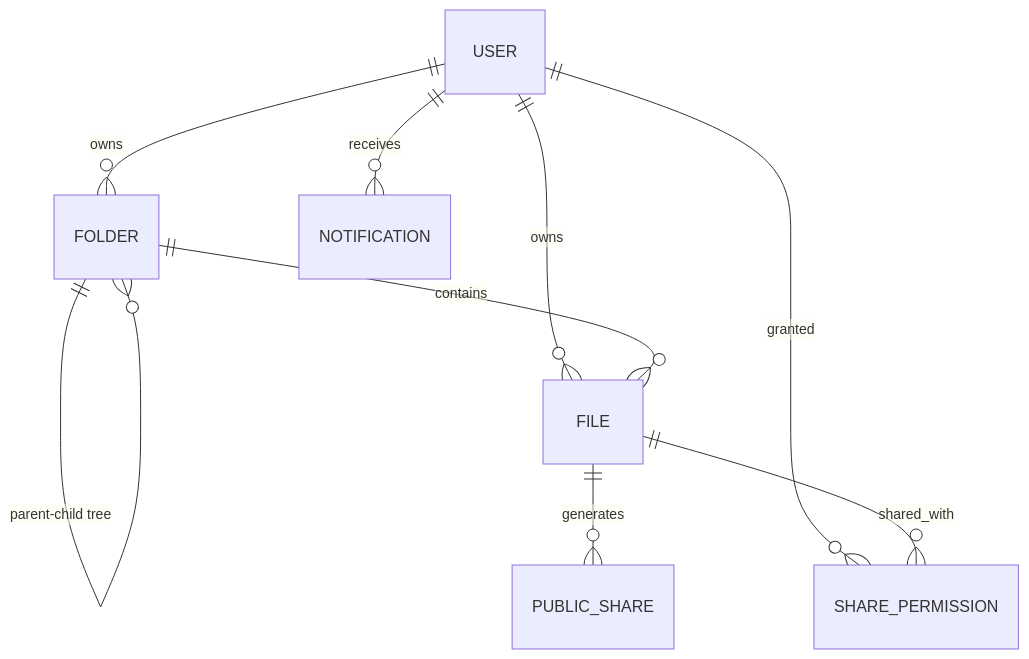
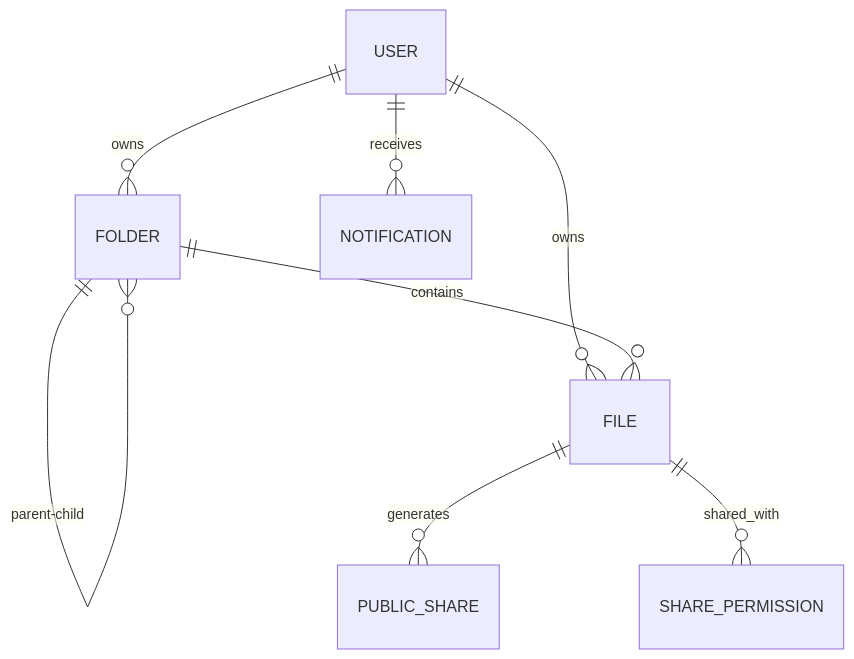
The second of 2 diagrams in README.md (Akashyatinjain/Akashyatinjain), drawn with Mermaid before and after one commit. The commit also changed other lines of this file, not shown here.

````diff
--- a/README.md
+++ b/README.md
@@ -143,11 +99,10 @@
 ```mermaid
 erDiagram
     USER ||--o{ FOLDER : "owns"
     USER ||--o{ FILE : "owns"
     USER ||--o{ NOTIFICATION : "receives"
-    FOLDER ||--o{ FOLDER : "parent-child tree"
+    FOLDER ||--o{ FOLDER : "parent-child"
     FOLDER ||--o{ FILE : "contains"
     FILE ||--o{ PUBLIC_SHARE : "generates"
-    USER ||--o{ SHARE_PERMISSION : "granted"
     FILE ||--o{ SHARE_PERMISSION : "shared_with"
 ```
````
